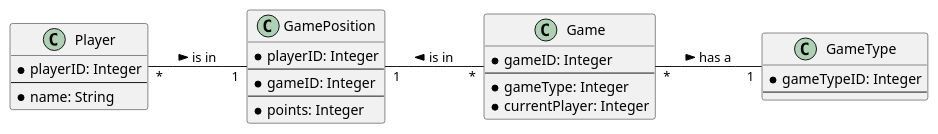
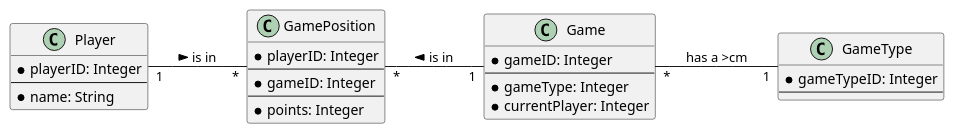
The diagram in asciidocs/classDiagram.adoc (2223-3bhif-syp/Dart-Scoring-App), drawn with PlantUML before and after one commit. The commit also changed 1 other file, not shown here.

Commit message:
CLD fix again

```diff
--- a/asciidocs/classDiagram.adoc
+++ b/asciidocs/classDiagram.adoc
@@ -1,35 +1,35 @@
 [plantuml, target=diagram-classes, format=png]
 ....
 left to right direction
 
 class GameType{
 * gameTypeID: Integer
 --
 }
 
 class Player{
 * playerID: Integer
 --
 * name: String
 }
 
 class Game{
 * gameID: Integer
 --
 * gameType: Integer
 * currentPlayer: Integer
 }
 
 class GamePosition{
 * playerID: Integer
 --
 * gameID: Integer
 --
 * points: Integer
 }
 
-Player "*"--"1" GamePosition : is in >
-GamePosition "1"--"*" Game : is in <
-Game "*"--"1" GameType : has a >
+Player "1"--"*" GamePosition : is in >
+GamePosition "*"--"1" Game : is in <
+Game "*"--"1" GameType : has a >cm
 
 ....
```
